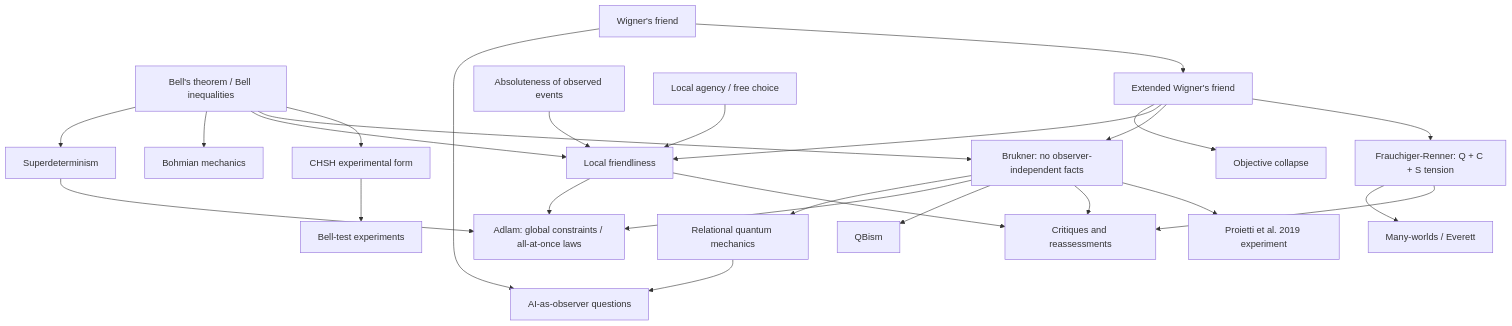
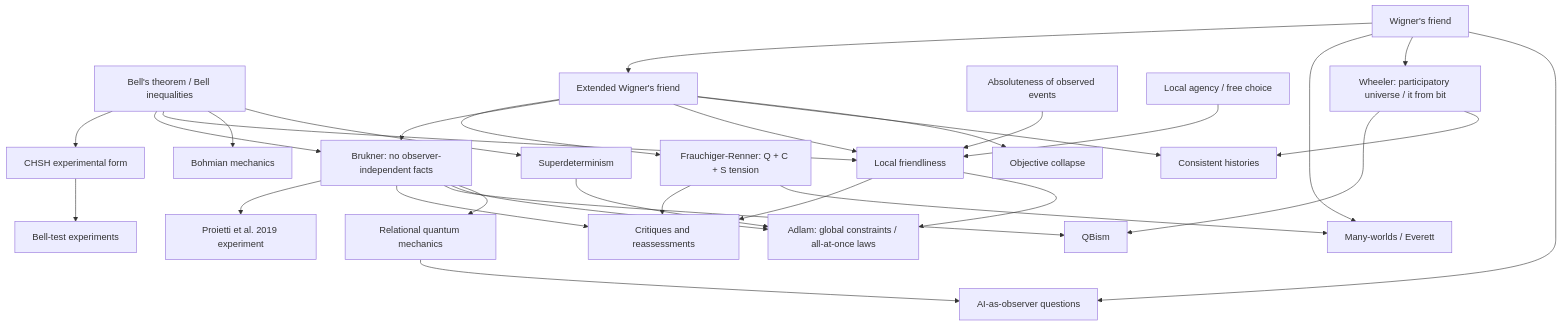
The diagram in maps/concept-map.mmd (cw4444/charli-kb), drawn with Mermaid before and after one commit. The commit also changed 17 other files, not shown here.

```diff
--- a/maps/concept-map.mmd
+++ b/maps/concept-map.mmd
@@ -1,46 +1,53 @@
 flowchart TD
   Bell["Bell's theorem / Bell inequalities"]
   CHSH["CHSH experimental form"]
   Tests["Bell-test experiments"]
   Wigner["Wigner's friend"]
   EWF["Extended Wigner's friend"]
   FR["Frauchiger-Renner: Q + C + S tension"]
   Brukner["Brukner: no observer-independent facts"]
   Proietti["Proietti et al. 2019 experiment"]
   LF["Local friendliness"]
   AOE["Absoluteness of observed events"]
   LA["Local agency / free choice"]
   Critiques["Critiques and reassessments"]
   QBism["QBism"]
   Adlam["Adlam: global constraints / all-at-once laws"]
   RQM["Relational quantum mechanics"]
   MWI["Many-worlds / Everett"]
+  CH["Consistent histories"]
+  Wheeler["Wheeler: participatory universe / it from bit"]
   Collapse["Objective collapse"]
   Bohm["Bohmian mechanics"]
   Superdet["Superdeterminism"]
   AI["AI-as-observer questions"]
 
   Bell --> CHSH --> Tests
   Bell --> Brukner
   Bell --> LF
   Wigner --> EWF
   EWF --> FR
   EWF --> Brukner
   Brukner --> Proietti
   EWF --> LF
   AOE --> LF
   LA --> LF
   LF --> Critiques
   Brukner --> Critiques
   FR --> Critiques
   Brukner --> QBism
   Brukner --> Adlam
   LF --> Adlam
   Superdet --> Adlam
   Brukner --> RQM
+  EWF --> CH
   FR --> MWI
+  Wigner --> MWI
+  Wigner --> Wheeler
+  Wheeler --> QBism
+  Wheeler --> CH
   EWF --> Collapse
   Bell --> Bohm
   Bell --> Superdet
   Wigner --> AI
   RQM --> AI
```
